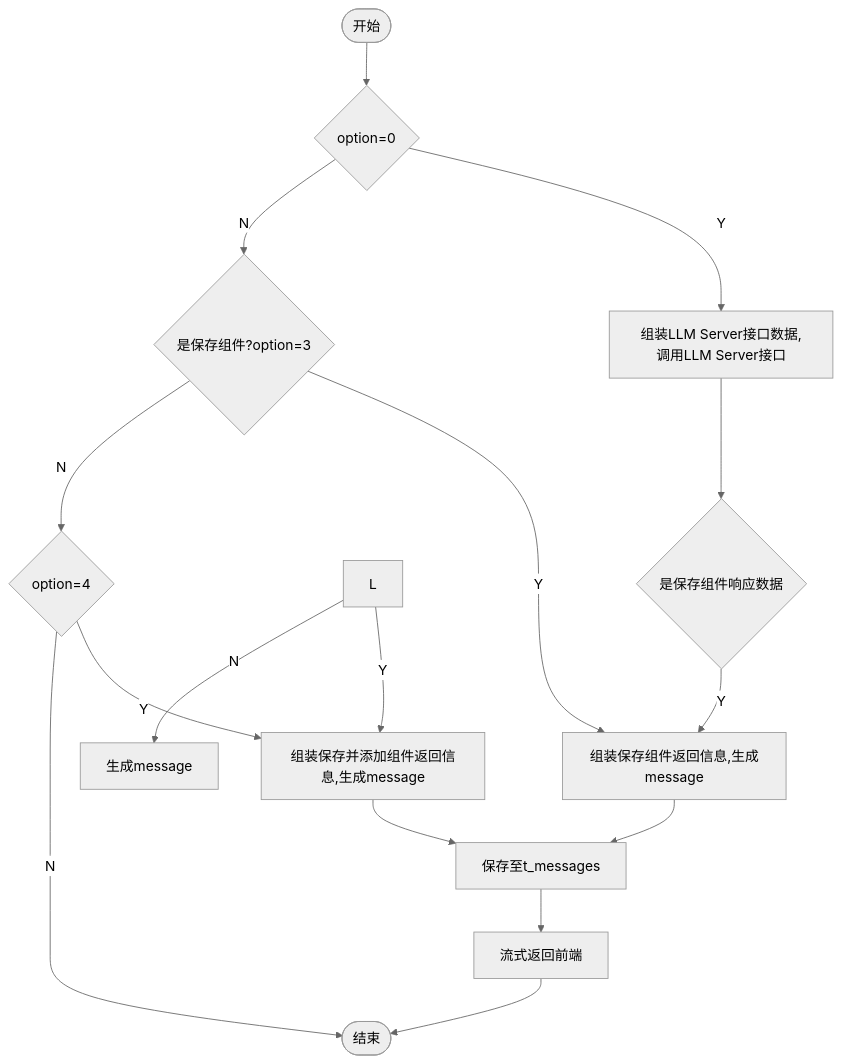
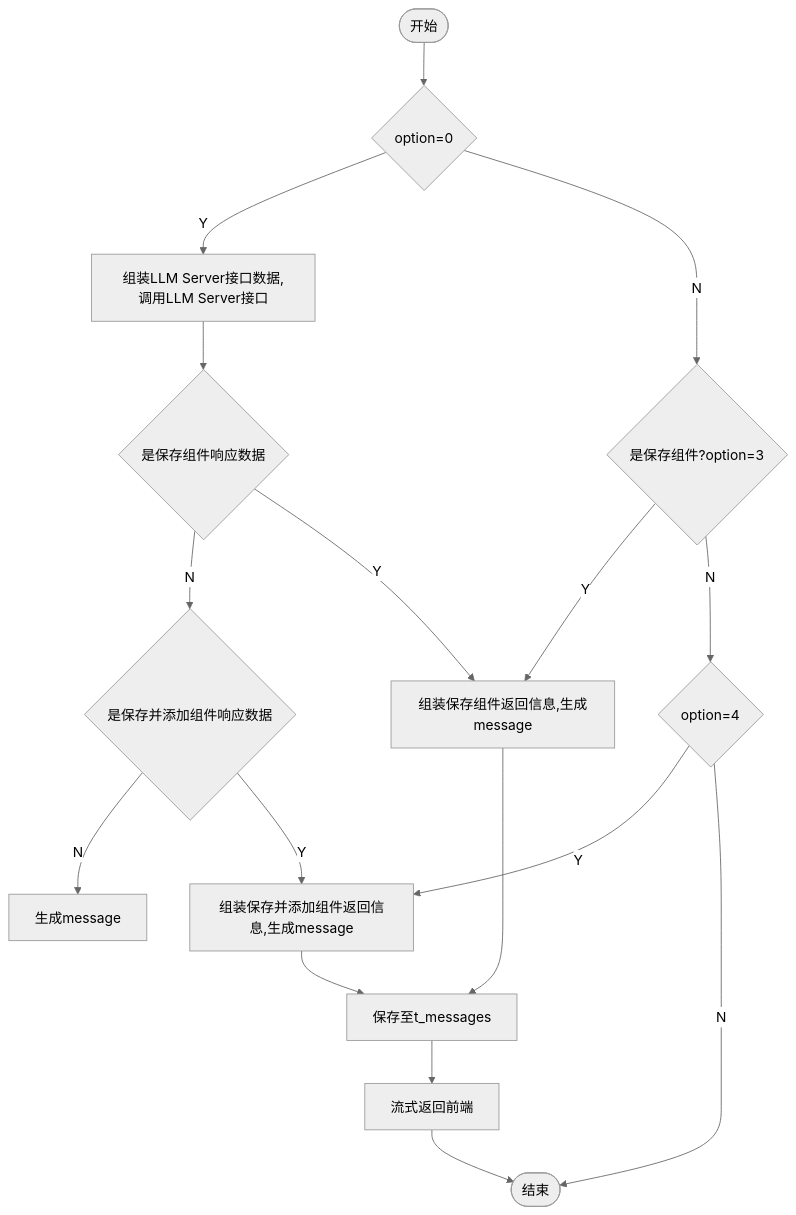
The diagram in all/添加保存组件.md (yingjianzh/iodraw-files), drawn with Mermaid (neutral theme) before and after one commit.

Commit message:
2024-10-14 13:45:27 update

````diff
--- a/all/添加保存组件.md
+++ b/all/添加保存组件.md
@@ -1,19 +1,20 @@
 ```mermaid
 flowchart TD
     A([开始]) --> B{option=0}
     B -- Y --> C[组装LLM Server接口数据,调用LLM Server接口]
     B -- N --> D{是保存组件?option=3}
+    E -- N --> L{是保存并添加组件响应数据}
     E -- Y --> F[组装保存组件返回信息,生成message]
     C --> E{是保存组件响应数据}
+    L -- N --> R[生成message]
+    L -- Y --> K
     
-    L -- Y --> K
-    L -- N --> R[生成message]
     D -- Y --> F
     D -- N --> J{option=4}
     J -- Y --> K[组装保存并添加组件返回信息,生成message]
     K --> G
     J -- N --> I
     F --> G[保存至t_messages]
     G --> H[流式返回前端]
     H --> I([结束])
 ```
````
